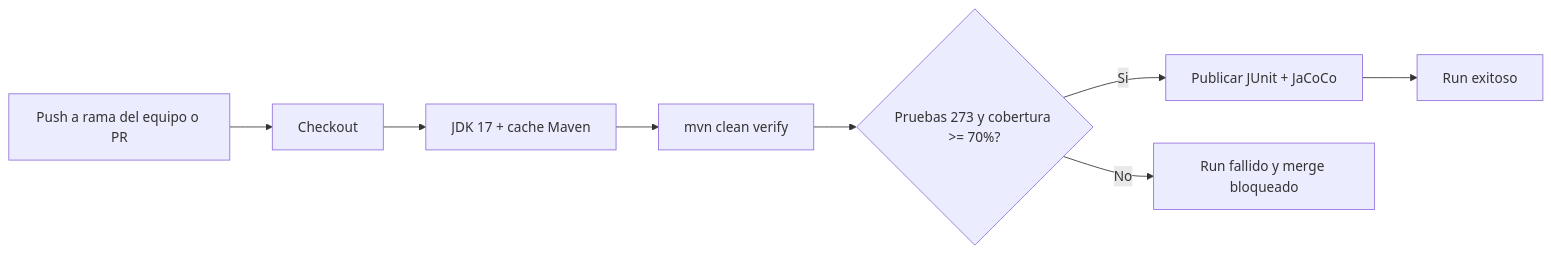
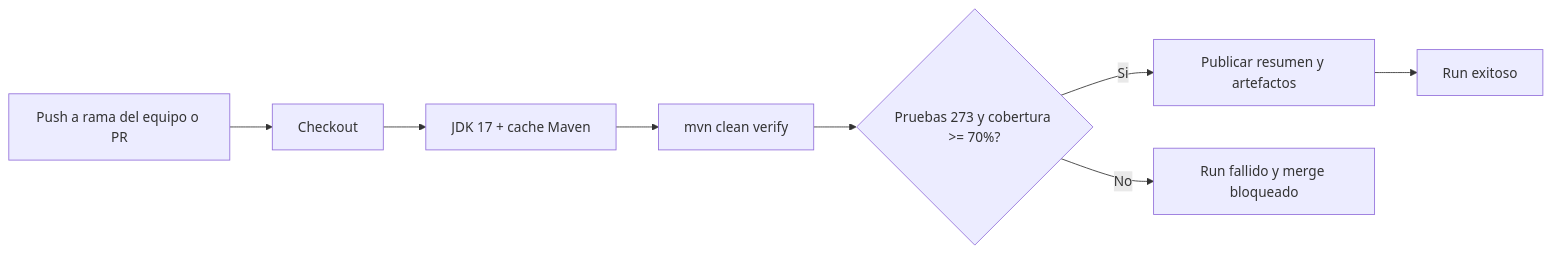
One commit to juandavidbotero242008/FIS_2610_Parcial changed the second of 2 diagrams in docs/informe.md. Above: the diagram before and after it, drawn with Mermaid. The commit also changed other lines of this file and 21 other files, not shown here.

````diff
--- a/docs/informe.md
+++ b/docs/informe.md
@@ -794,10 +792,10 @@
 ```mermaid
 flowchart LR
     A[Push a rama del equipo o PR] --> B[Checkout]
     B --> C[JDK 17 + cache Maven]
     C --> D[mvn clean verify]
     D --> E{Pruebas 273 y cobertura >= 70%?}
-    E -- Si --> F[Publicar JUnit + JaCoCo]
+    E -- Si --> F[Publicar resumen y artefactos]
     F --> G[Run exitoso]
     E -- No --> H[Run fallido y merge bloqueado]
 ```
````
